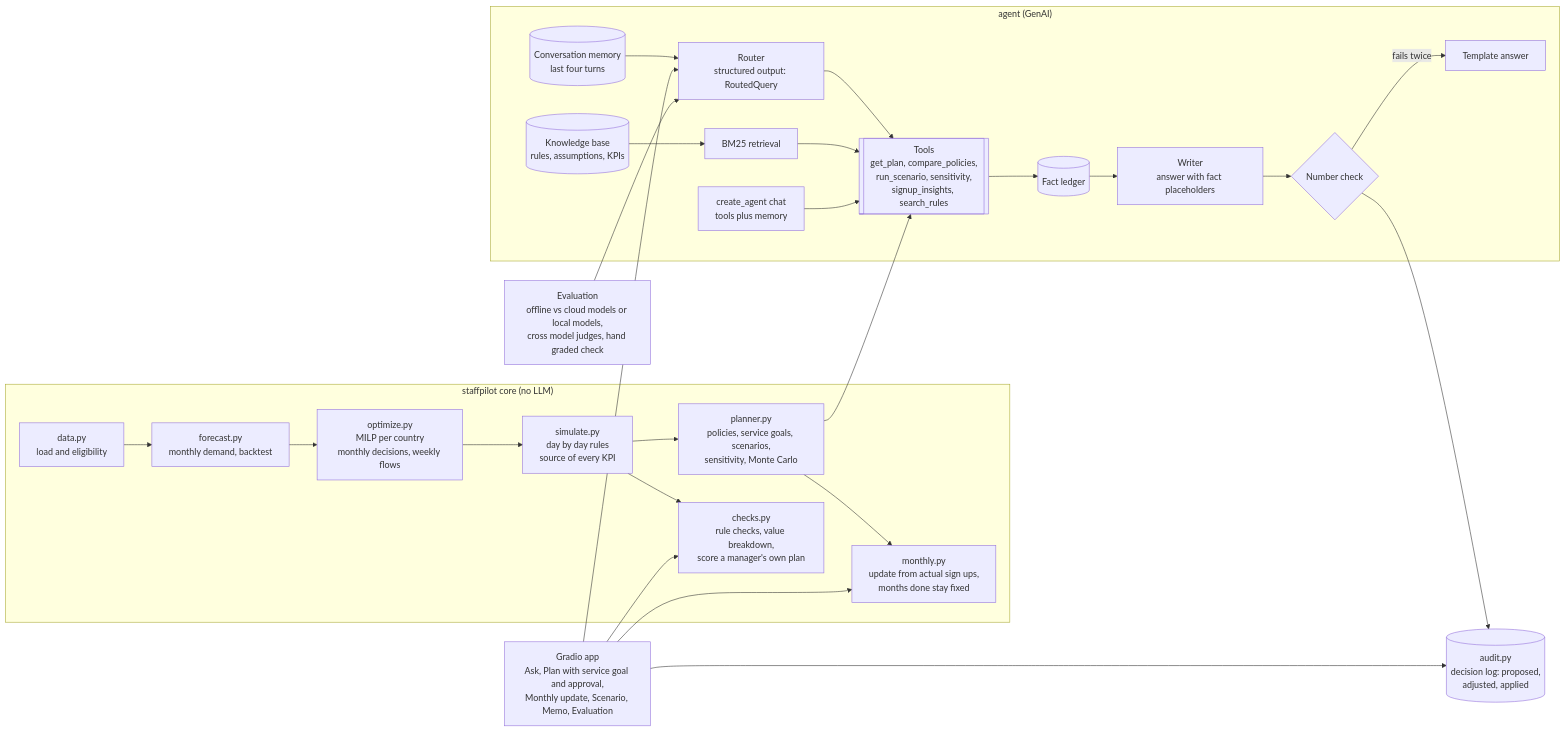
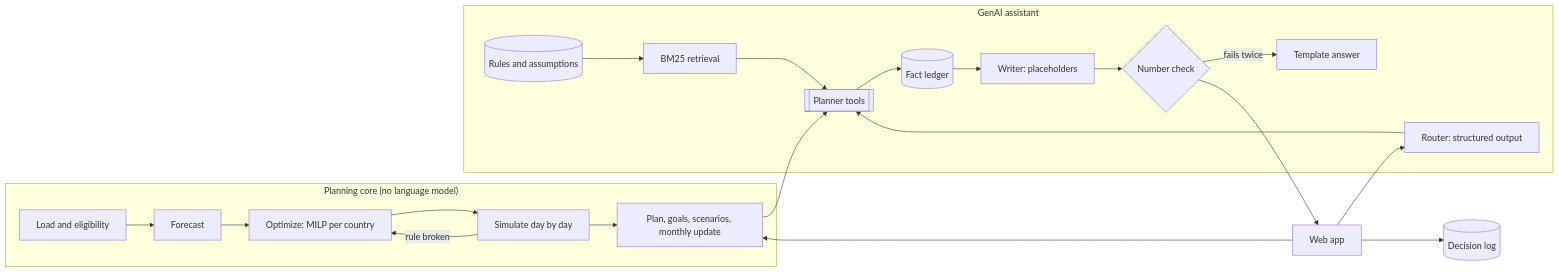
Before and after one commit to lequo-neu/staffpilot: the diagram in README.md, drawn with Mermaid. The commit also changed other lines of this file and 56 other files, not shown here.

````diff
--- a/README.md
+++ b/README.md
@@ -107,28 +106,21 @@
 ```mermaid
 flowchart LR
-  subgraph Core["staffpilot core (no LLM)"]
-    D[data.py<br/>load and eligibility] --> F[forecast.py<br/>monthly demand, backtest]
-    F --> O[optimize.py<br/>MILP per country<br/>monthly decisions, weekly flows]
-    O --> S[simulate.py<br/>day by day rules<br/>source of every KPI]
-    S --> P[planner.py<br/>policies, service goals, scenarios,<br/>sensitivity, Monte Carlo]
-    P --> MU[monthly.py<br/>update from actual sign ups,<br/>months done stay fixed]
-    S --> CK[checks.py<br/>rule checks, value breakdown,<br/>score a manager's own plan]
+  subgraph Core["Planning core (no language model)"]
+    D[Load and eligibility] --> F[Forecast]
+    F --> O[Optimize: MILP per country]
+    O --> S[Simulate day by day]
+    S -- rule broken --> O
+    S --> P[Plan, goals, scenarios, monthly update]
   end
-  subgraph Agent["agent (GenAI)"]
-    R[Router<br/>structured output: RoutedQuery] --> T[[Tools<br/>get_plan, compare_policies,<br/>run_scenario, sensitivity,<br/>signup_insights, search_rules]]
-    T --> L[(Fact ledger)]
-    L --> W[Writer<br/>answer with fact placeholders]
-    W --> V{Number check}
-    V -- fails twice --> TF[Template answer]
-    K[(Knowledge base<br/>rules, assumptions, KPIs)] --> RAG[BM25 retrieval] --> T
-    CA[create_agent chat<br/>tools plus memory] --> T
-    M[(Conversation memory<br/>last four turns)] --> R
+  subgraph AI["GenAI assistant"]
+    R[Router: structured output] --> T[[Planner tools]]
+    K[(Rules and assumptions)] --> B[BM25 retrieval] --> T
+    T --> L[(Fact ledger)] --> W[Writer: placeholders] --> V{Number check}
+    V -- fails twice --> X[Template answer]
   end
   P --> T
-  UI[Gradio app<br/>Ask, Plan with service goal and approval,<br/>Monthly update, Scenario, Memo, Evaluation] --> R
-  UI --> MU
-  UI --> CK
-  UI --> AU[(audit.py<br/>decision log: proposed,<br/>adjusted, applied)]
-  V --> AU
-  EV[Evaluation<br/>offline vs cloud models or local models,<br/>cross model judges, hand graded check] --> R
+  UI[Web app] --> R
+  UI --> P
+  V --> UI
+  UI --> A[(Decision log)]
 ```
````
